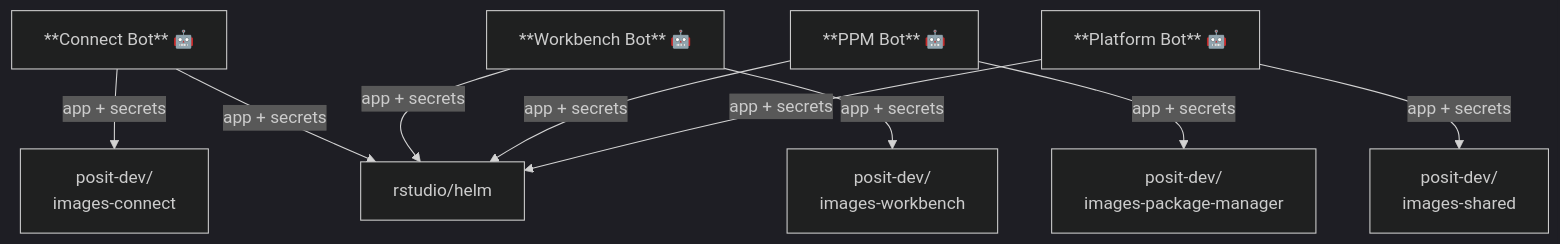
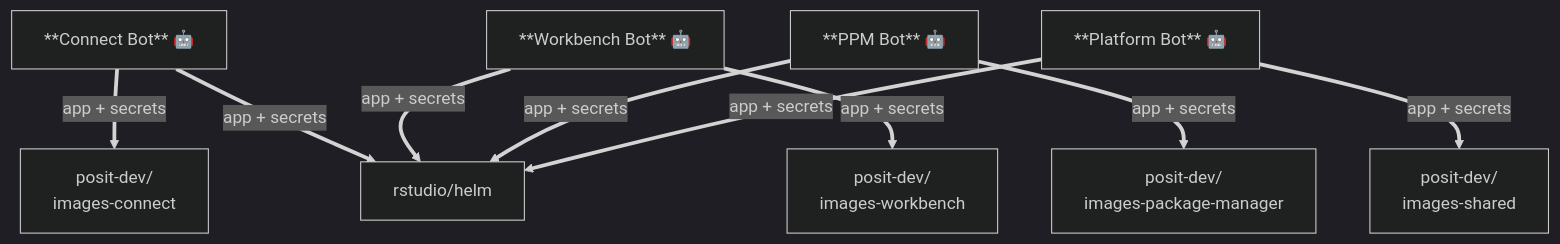
One commit to posit-dev/images-shared changed the first of 5 diagrams in pulumi/github/github-apps/README.md. Above: the diagram before and after it, drawn with Mermaid (dark theme). The commit also changed other lines of this file, not shown here.

First line of the commit message:
Use thick vs thin lines for diagram clarity

````diff
--- a/pulumi/github/github-apps/README.md
+++ b/pulumi/github/github-apps/README.md
@@ -36,19 +36,19 @@
 ```mermaid
 graph TD
     CB["**Connect Bot** 🤖"]
     WB["**Workbench Bot** 🤖"]
     PB["**PPM Bot** 🤖"]
     PLB["**Platform Bot** 🤖"]
 
-    CB -->|app + secrets| IC["posit-dev/<br/>images-connect"]
-    CB -->|app + secrets| HELM["rstudio/helm"]
+    CB ==>|app + secrets| IC["posit-dev/<br/>images-connect"]
+    CB ==>|app + secrets| HELM["rstudio/helm"]
 
-    WB -->|app + secrets| IW["posit-dev/<br/>images-workbench"]
-    WB -->|app + secrets| HELM
+    WB ==>|app + secrets| IW["posit-dev/<br/>images-workbench"]
+    WB ==>|app + secrets| HELM
 
-    PB -->|app + secrets| IP["posit-dev/<br/>images-package-manager"]
-    PB -->|app + secrets| HELM
+    PB ==>|app + secrets| IP["posit-dev/<br/>images-package-manager"]
+    PB ==>|app + secrets| HELM
 
-    PLB -->|app + secrets| IS["posit-dev/<br/>images-shared"]
-    PLB -->|app + secrets| HELM
+    PLB ==>|app + secrets| IS["posit-dev/<br/>images-shared"]
+    PLB ==>|app + secrets| HELM
 ```
````
